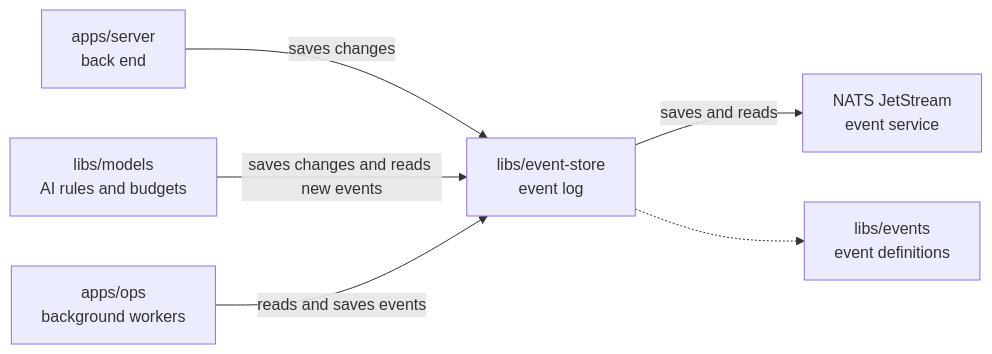
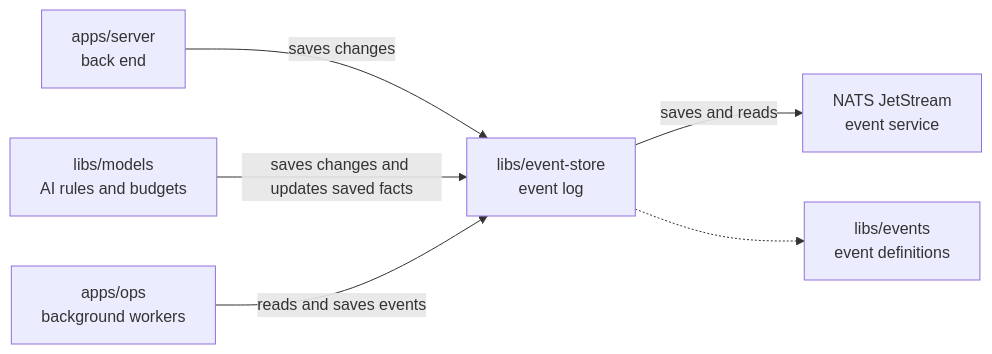
One commit to elewa-git/opencrane-new changed the diagram in libs/event-store/README.md. Above: the diagram before and after it, drawn with Mermaid. The commit also changed other lines of this file and 21 other files, not shown here.

````diff
--- a/libs/event-store/README.md
+++ b/libs/event-store/README.md
@@ -22,8 +22,8 @@
 ```mermaid
 flowchart LR
   server["apps/server<br/>back end"] -->|saves changes| store["libs/event-store<br/>event log"]
-  models["libs/models<br/>AI rules and budgets"] -->|saves changes and reads new events| store
+  models["libs/models<br/>AI rules and budgets"] -->|saves changes and updates saved facts| store
   ops["apps/ops<br/>background workers"] -->|reads and saves events| store
   store -->|saves and reads| nats["NATS JetStream<br/>event service"]
   store -.-> events["libs/events<br/>event definitions"]
 ```
````
